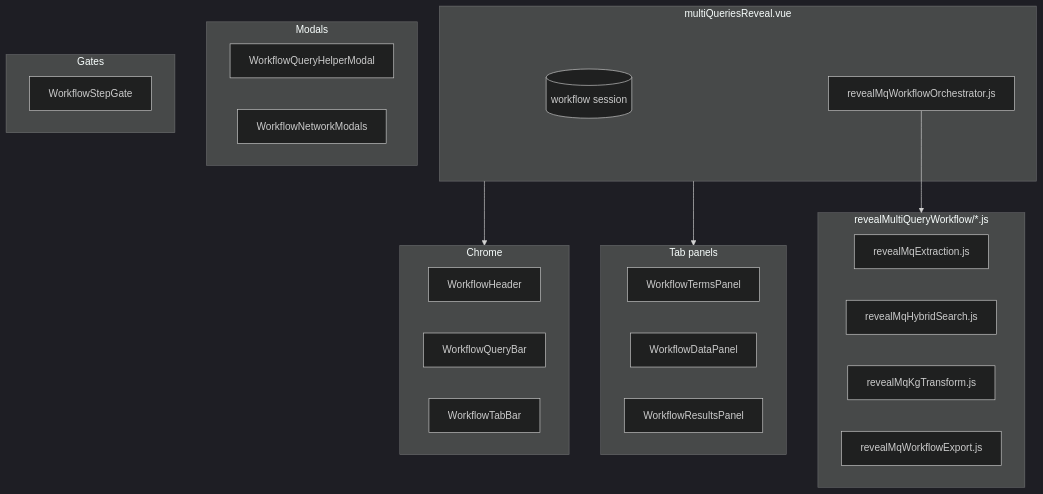
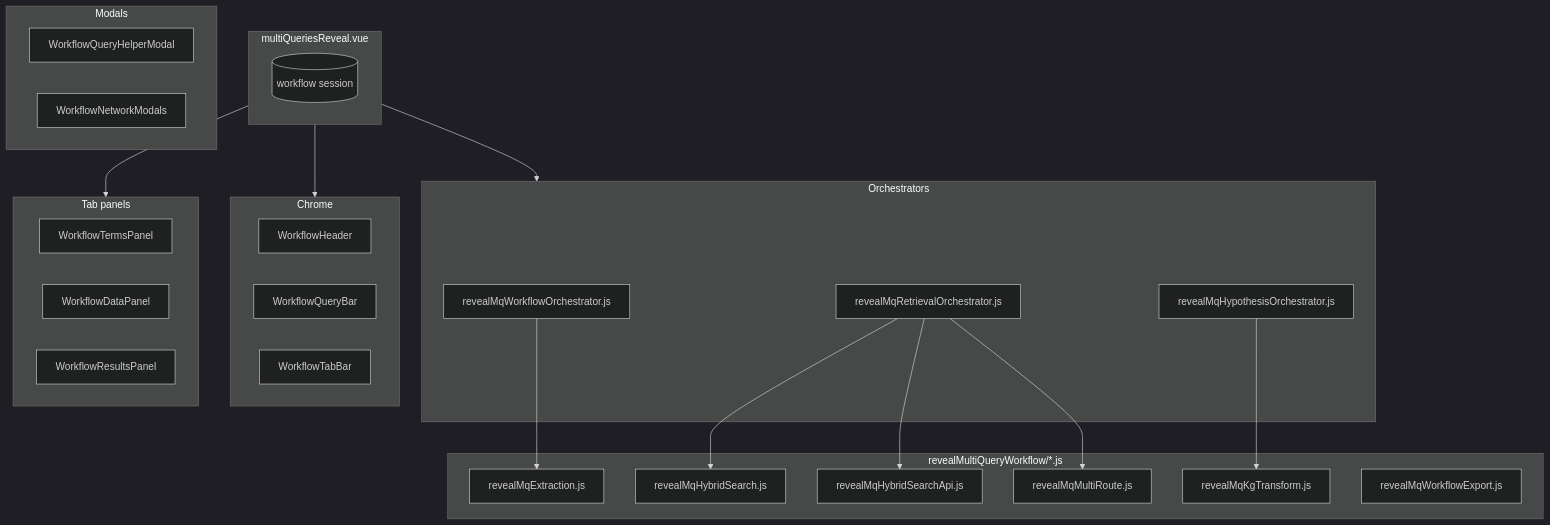
The diagram in src/components/researchPortal/customComponents/revealMultiQueryWorkflow/ARCHITECTURE.md (broadinstitute/dig-dug-portal), drawn with Mermaid (dark theme) before and after one commit. The commit also changed other lines of this file and 18 other files, not shown here.

Commit message:
Multi Query Reveal refactoring done.

````diff
--- a/src/components/researchPortal/customComponents/revealMultiQueryWorkflow/ARCHITECTURE.md
+++ b/src/components/researchPortal/customComponents/revealMultiQueryWorkflow/ARCHITECTURE.md
@@ -11,39 +11,47 @@
 ```mermaid
 flowchart TB
     subgraph shell ["multiQueriesReveal.vue"]
         Session[(workflow session)]
-        Orchestrator[revealMqWorkflowOrchestrator.js]
+    end
+
+    subgraph orchestrators ["Orchestrators"]
+        ExtractOrch[revealMqWorkflowOrchestrator.js]
+        RetrievalOrch[revealMqRetrievalOrchestrator.js]
+        HypothesisOrch[revealMqHypothesisOrchestrator.js]
     end
 
     subgraph modals ["Modals"]
         QueryHelper[WorkflowQueryHelperModal]
         NetworkModals[WorkflowNetworkModals]
     end
 
     subgraph chrome ["Chrome"]
         Header[WorkflowHeader]
         QueryBar[WorkflowQueryBar]
         TabBar[WorkflowTabBar]
     end
 
     subgraph tabs ["Tab panels"]
         Terms[WorkflowTermsPanel]
         Data[WorkflowDataPanel]
         Results[WorkflowResultsPanel]
     end
 
-    subgraph gates ["Gates"]
-        StepGate[WorkflowStepGate]
-    end
-
     subgraph utils ["revealMultiQueryWorkflow/*.js"]
         Extract[revealMqExtraction.js]
         Hybrid[revealMqHybridSearch.js]
+        HybridApi[revealMqHybridSearchApi.js]
+        MultiRoute[revealMqMultiRoute.js]
         KG[revealMqKgTransform.js]
         Export[revealMqWorkflowExport.js]
     end
 
     shell --> chrome
     shell --> tabs
-    Orchestrator --> utils
+    shell --> orchestrators
+    ExtractOrch --> Extract
+    RetrievalOrch --> Hybrid
+    RetrievalOrch --> HybridApi
+    RetrievalOrch --> MultiRoute
+    HypothesisOrch --> KG
 ```
````
